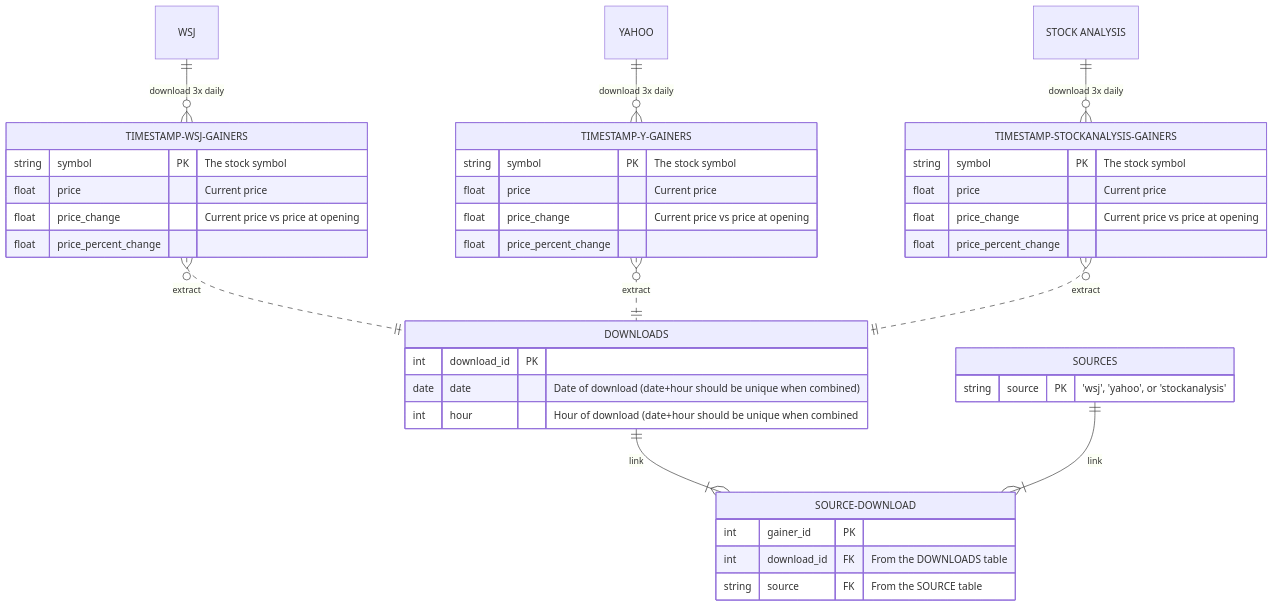
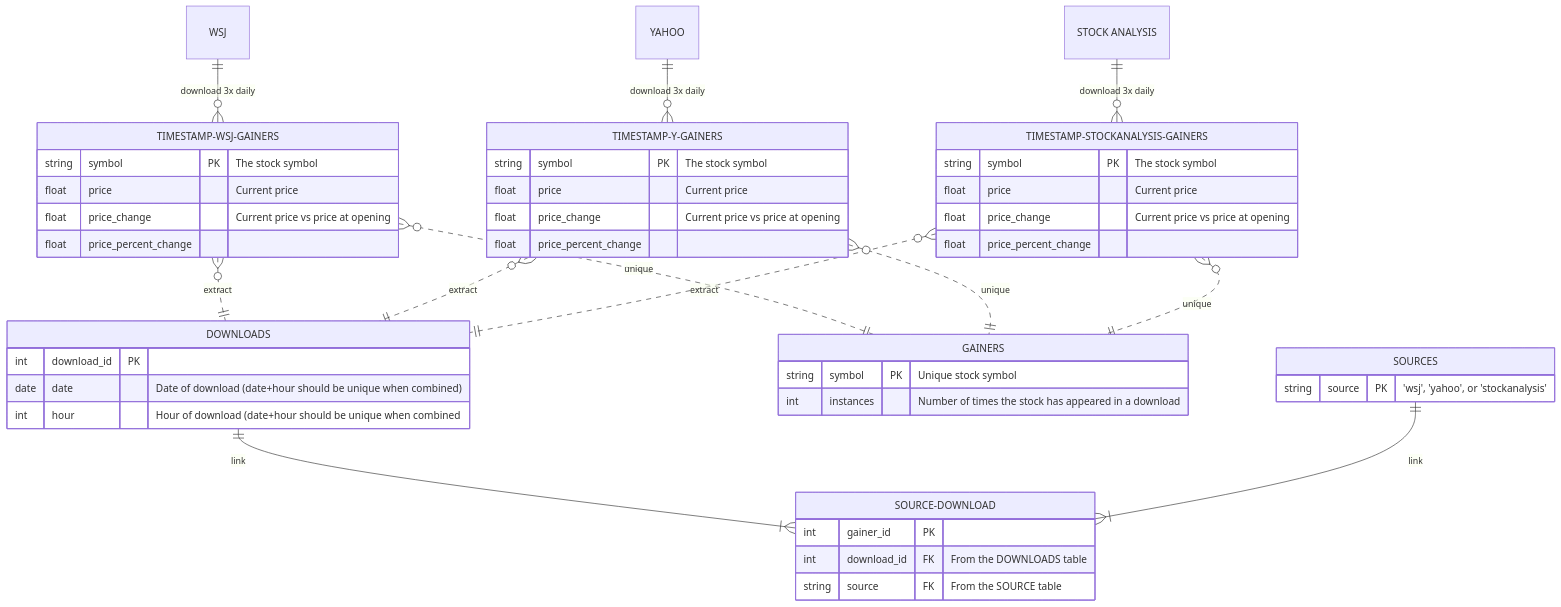
One commit to KazBarker/SP25_DS5111_nrg6cb changed the diagram in ERD/ERD.md. Above: the diagram before and after it, drawn with Mermaid.

````diff
--- a/ERD/ERD.md
+++ b/ERD/ERD.md
@@ -2,48 +2,57 @@
 ```mermaid
 erDiagram
     WSJ only one to zero or more TIMESTAMP-WSJ-GAINERS : "download 3x daily"
     YAHOO only one to zero or more TIMESTAMP-Y-GAINERS : "download 3x daily"
     "STOCK ANALYSIS" only one to zero or more TIMESTAMP-STOCKANALYSIS-GAINERS : "download 3x daily"
     
     TIMESTAMP-WSJ-GAINERS {
         string symbol PK "The stock symbol"
         float price "Current price"
         float price_change "Current price vs price at opening"
         float price_percent_change
     }
     TIMESTAMP-Y-GAINERS {
         string symbol PK "The stock symbol"
         float price "Current price"
         float price_change "Current price vs price at opening"
         float price_percent_change
     }
     TIMESTAMP-STOCKANALYSIS-GAINERS {
         string symbol PK "The stock symbol"
         float price "Current price"
         float price_change "Current price vs price at opening"
         float price_percent_change
     }
  
     TIMESTAMP-WSJ-GAINERS many optionally to only one DOWNLOADS : "extract"
     TIMESTAMP-Y-GAINERS many optionally to only one DOWNLOADS : "extract"
     TIMESTAMP-STOCKANALYSIS-GAINERS many optionally to only one DOWNLOADS : "extract"
 
     DOWNLOADS {
         int download_id PK
         date date "Date of download (date+hour should be unique when combined)"
         int hour "Hour of download (date+hour should be unique when combined"
     }
 
+    TIMESTAMP-WSJ-GAINERS many optionally to only one GAINERS : "unique"
+    TIMESTAMP-Y-GAINERS many optionally to only one GAINERS : "unique"
+    TIMESTAMP-STOCKANALYSIS-GAINERS many optionally to only one GAINERS : "unique"
+
+    GAINERS {
+        string symbol PK "Unique stock symbol"
+        int instances "Number of times the stock has appeared in a download"
+    }
+
     SOURCES {
         string source PK "'wsj', 'yahoo', or 'stockanalysis'"
     }
 
     DOWNLOADS one to one or more SOURCE-DOWNLOAD : "link"
     SOURCES one to one or more SOURCE-DOWNLOAD : "link"
 
     SOURCE-DOWNLOAD {
         int gainer_id PK
         int download_id FK "From the DOWNLOADS table"
         string source FK "From the SOURCE table"
     }
 ```
````
